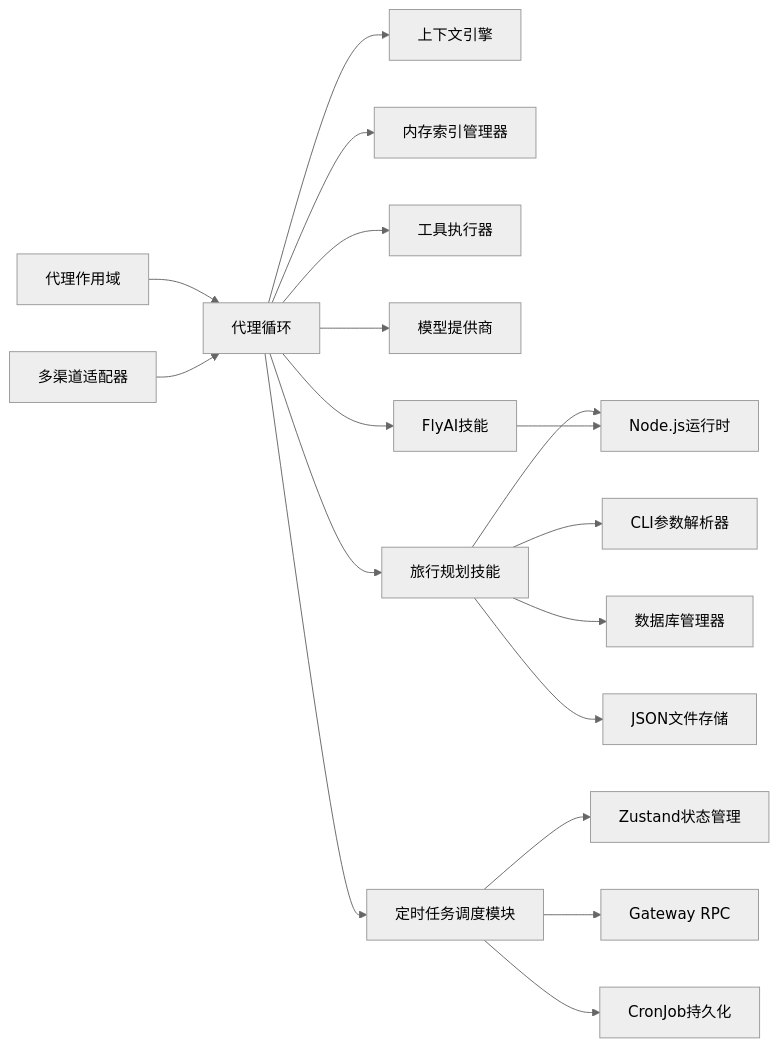
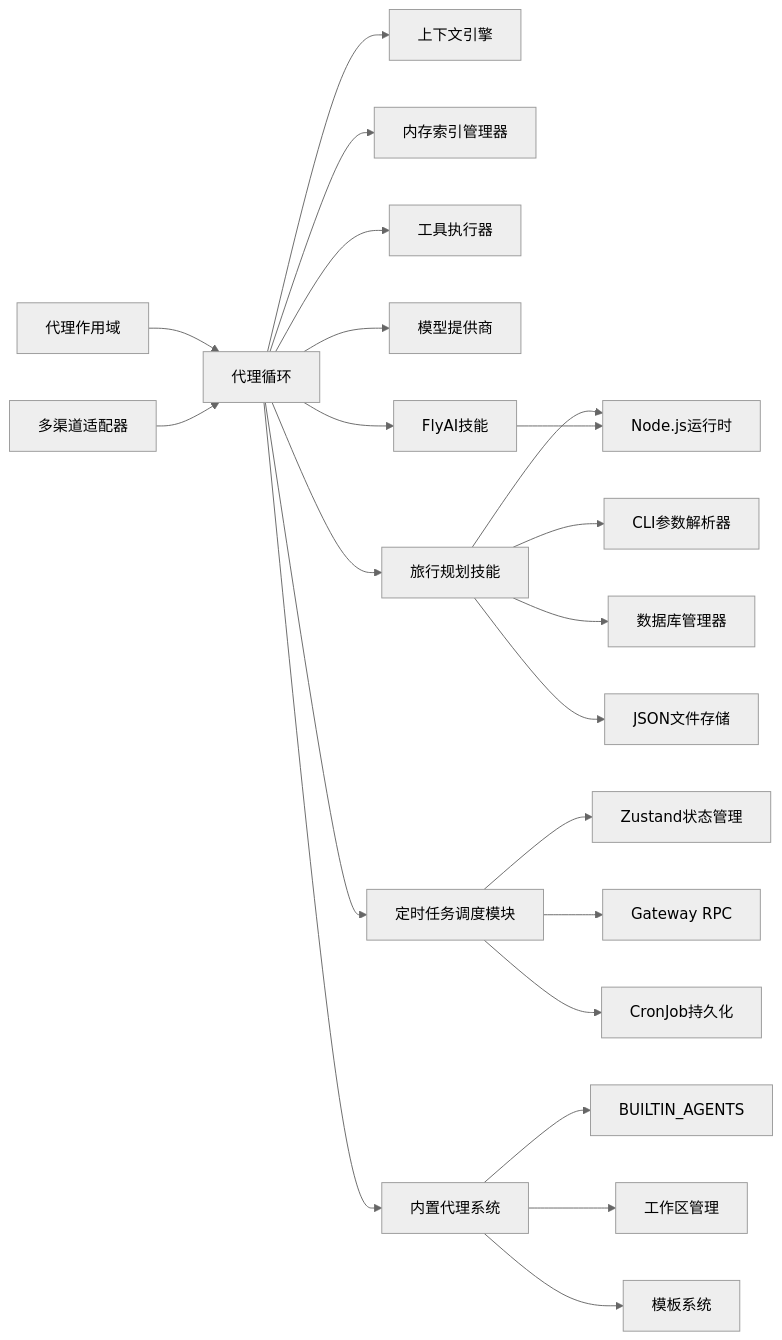
One commit to verse-ai-org/openclaw changed diagram 19 of 19 in .qoder/repowiki/zh/content/AI代理系统/AI代理系统.md. Above: the diagram before and after it, drawn with Mermaid (neutral theme). The commit also changed other lines of this file and 12 other files, not shown here.

````diff
--- a/.qoder/repowiki/zh/content/AI代理系统/AI代理系统.md
+++ b/.qoder/repowiki/zh/content/AI代理系统/AI代理系统.md
@@ -752,20 +885,24 @@
 ```mermaid
 graph LR
 AgentScope["代理作用域"] --> AgentLoop["代理循环"]
 AgentLoop --> CE["上下文引擎"]
 AgentLoop --> Memory["内存索引管理器"]
 AgentLoop --> Tools["工具执行器"]
 AgentLoop --> Providers["模型提供商"]
 AgentLoop --> TravelSkills["旅行规划技能"]
 AgentLoop --> FlyAISkills["FlyAI技能"]
 AgentLoop --> CronModule["定时任务调度模块"]
+AgentLoop --> Endorsement["内置代理系统"]
 Channels["多渠道适配器"] --> AgentLoop
+Endorsement --> BuiltinAgents["BUILTIN_AGENTS"]
+Endorsement --> Workspace["工作区管理"]
+Endorsement --> Templates["模板系统"]
 TravelSkills --> NodeRuntime["Node.js运行时"]
 TravelSkills --> CLIParser["CLI参数解析器"]
 TravelSkills --> DBManager["数据库管理器"]
 TravelSkills --> JSONStorage["JSON文件存储"]
 FlyAISkills --> NodeRuntime
 CronModule --> Zustand["Zustand状态管理"]
 CronModule --> Gateway["Gateway RPC"]
 CronModule --> CronJobs["CronJob持久化"]
 ```
````
